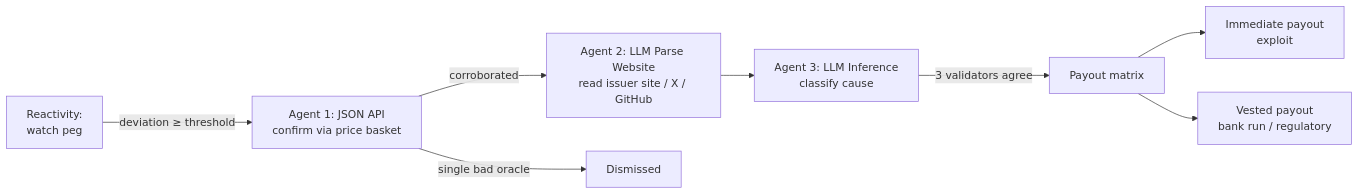
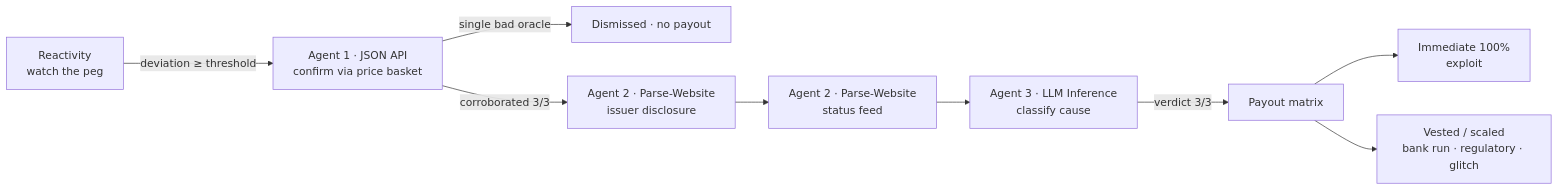
One commit to Manuel-dev01/Sentinel changed the diagram in README.md. Above: the diagram before and after it, drawn with Mermaid. The commit also changed other lines of this file and 7 other files, not shown here.

Commit message:
Refactor architecture documentation and demo script; enhance agent orchestration details and consensus mechanisms. Update audit page to reflect validator agreement metrics. Remove unused favicon and add new icon asset. Introduce presentation-deck prompt for generating pitch materials.

````diff
--- a/README.md
+++ b/README.md
@@ -26,10 +39,11 @@
 ```mermaid
 flowchart LR
-    A[Reactivity:<br/>watch peg] -->|deviation ≥ threshold| B[Agent 1: JSON API<br/>confirm via price basket]
-    B -->|corroborated| C[Agent 2: LLM Parse Website<br/>read issuer site / X / GitHub]
-    B -->|single bad oracle| X[Dismissed]
-    C --> D[Agent 3: LLM Inference<br/>classify cause]
-    D -->|3 validators agree| E[Payout matrix]
-    E --> F[Immediate payout<br/>exploit]
-    E --> G[Vested payout<br/>bank run / regulatory]
+    A[Reactivity<br/>watch the peg] -->|deviation ≥ threshold| B[Agent 1 · JSON API<br/>confirm via price basket]
+    B -->|single bad oracle| X[Dismissed · no payout]
+    B -->|corroborated 3/3| C[Agent 2 · Parse-Website<br/>issuer disclosure]
+    C --> D[Agent 2 · Parse-Website<br/>status feed]
+    D --> E[Agent 3 · LLM Inference<br/>classify cause]
+    E -->|verdict 3/3| F[Payout matrix]
+    F --> G[Immediate 100%<br/>exploit]
+    F --> H[Vested / scaled<br/>bank run · regulatory · glitch]
 ```
````
